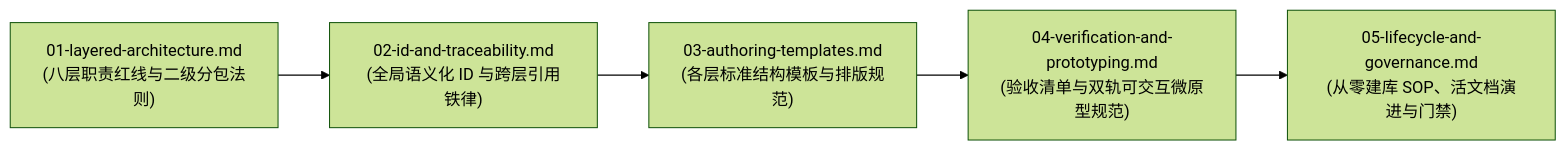
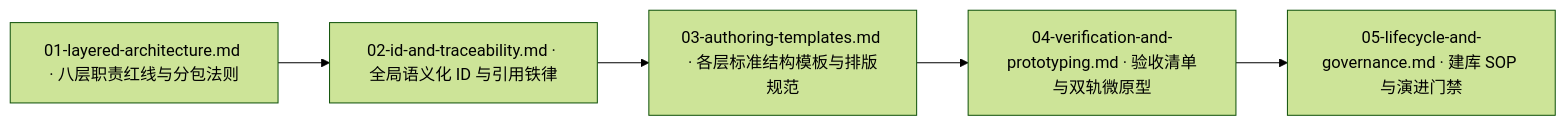
One commit to icecream154/Cookbook changed the diagram in Product/meta/README.md. Above: the diagram before and after it, drawn with Mermaid (forest theme). The commit also changed 28 other files, not shown here.

Commit message:
feat: update ia and flows doc

````diff
--- a/Product/meta/README.md
+++ b/Product/meta/README.md
@@ -28,10 +28,10 @@
 ```mermaid
 flowchart LR
-    M1["01-layered-architecture.md<br>(八层职责红线与二级分包法则)"]
-    M2["02-id-and-traceability.md<br>(全局语义化 ID 与跨层引用铁律)"]
-    M3["03-authoring-templates.md<br>(各层标准结构模板与排版规范)"]
-    M4["04-verification-and-prototyping.md<br>(验收清单与双轨可交互微原型规范)"]
-    M5["05-lifecycle-and-governance.md<br>(从零建库 SOP、活文档演进与门禁)"]
+    M1["01-layered-architecture.md · 八层职责红线与分包法则"]
+    M2["02-id-and-traceability.md · 全局语义化 ID 与引用铁律"]
+    M3["03-authoring-templates.md · 各层标准结构模板与排版规范"]
+    M4["04-verification-and-prototyping.md · 验收清单与双轨微原型"]
+    M5["05-lifecycle-and-governance.md · 建库 SOP 与演进门禁"]
 
     M1 --> M2 --> M3 --> M4 --> M5
 ```
````
